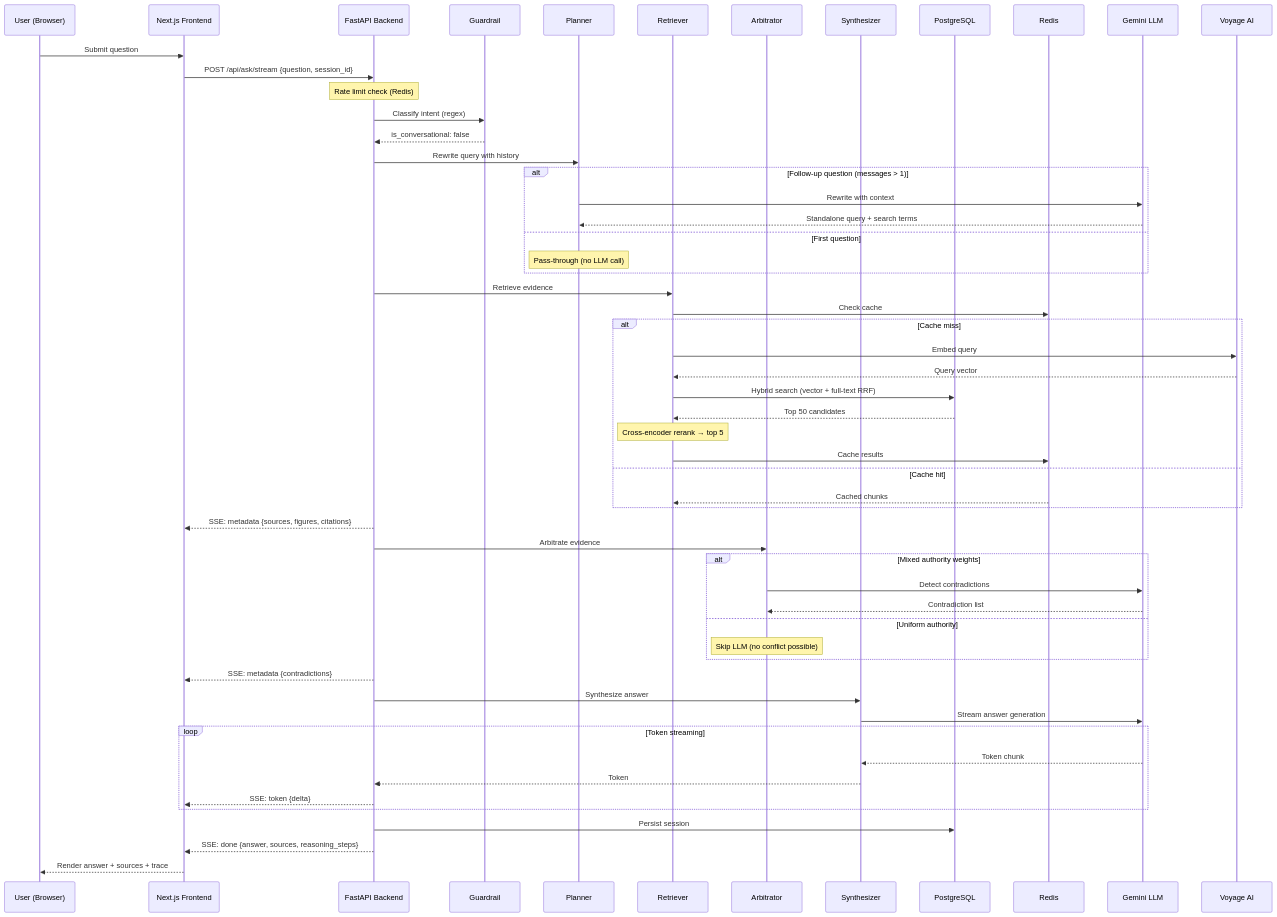
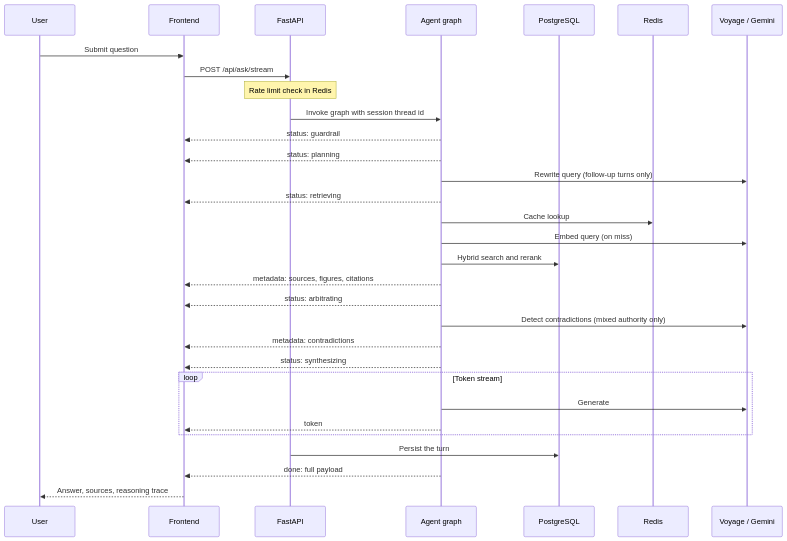
One commit to NayanthaNethsara/Hermes changed the third of 3 diagrams in docs/architecture.md. Above: the diagram before and after it, drawn with Mermaid. The commit also changed other lines of this file and 27 other files, not shown here.

````diff
--- a/docs/architecture.md
+++ b/docs/architecture.md
@@ -105,67 +157,39 @@
 ```mermaid
 sequenceDiagram
-    participant U as User (Browser)
-    participant FE as Next.js Frontend
-    participant API as FastAPI Backend
-    participant GR as Guardrail
-    participant PL as Planner
-    participant RT as Retriever
-    participant AR as Arbitrator
-    participant SY as Synthesizer
+    participant U as User
+    participant FE as Frontend
+    participant API as FastAPI
+    participant G as Agent graph
     participant PG as PostgreSQL
     participant RD as Redis
-    participant GM as Gemini LLM
-    participant VY as Voyage AI
+    participant EXT as Voyage / Gemini
 
     U->>FE: Submit question
-    FE->>API: POST /api/ask/stream {question, session_id}
-    Note over API: Rate limit check (Redis)
+    FE->>API: POST /api/ask/stream
+    Note over API: Rate limit check in Redis
+    API->>G: Invoke graph with session thread id
 
-    API->>GR: Classify intent (regex)
-    GR-->>API: is_conversational: false
+    G-->>FE: status: guardrail
+    G-->>FE: status: planning
+    G->>EXT: Rewrite query (follow-up turns only)
 
-    API->>PL: Rewrite query with history
-    alt Follow-up question (messages > 1)
-        PL->>GM: Rewrite with context
-        GM-->>PL: Standalone query + search terms
-    else First question
-        Note over PL: Pass-through (no LLM call)
+    G-->>FE: status: retrieving
+    G->>RD: Cache lookup
+    G->>EXT: Embed query (on miss)
+    G->>PG: Hybrid search and rerank
+    G-->>FE: metadata: sources, figures, citations
+
+    G-->>FE: status: arbitrating
+    G->>EXT: Detect contradictions (mixed authority only)
+    G-->>FE: metadata: contradictions
+
+    G-->>FE: status: synthesizing
+    loop Token stream
+        G->>EXT: Generate
+        G-->>FE: token
     end
 
-    API->>RT: Retrieve evidence
-    RT->>RD: Check cache
-    alt Cache miss
-        RT->>VY: Embed query
-        VY-->>RT: Query vector
-        RT->>PG: Hybrid search (vector + full-text RRF)
-        PG-->>RT: Top 50 candidates
-        Note over RT: Cross-encoder rerank → top 5
-        RT->>RD: Cache results
-    else Cache hit
-        RD-->>RT: Cached chunks
-    end
-
-    API-->>FE: SSE: metadata {sources, figures, citations}
-
-    API->>AR: Arbitrate evidence
-    alt Mixed authority weights
-        AR->>GM: Detect contradictions
-        GM-->>AR: Contradiction list
-    else Uniform authority
-        Note over AR: Skip LLM (no conflict possible)
-    end
-
-    API-->>FE: SSE: metadata {contradictions}
-
-    API->>SY: Synthesize answer
-    SY->>GM: Stream answer generation
-    loop Token streaming
-        GM-->>SY: Token chunk
-        SY-->>API: Token
-        API-->>FE: SSE: token {delta}
-    end
-
-    API->>PG: Persist session
-    API-->>FE: SSE: done {answer, sources, reasoning_steps}
-    FE-->>U: Render answer + sources + trace
+    API->>PG: Persist the turn
+    G-->>FE: done: full payload
+    FE-->>U: Answer, sources, reasoning trace
 ```
````
